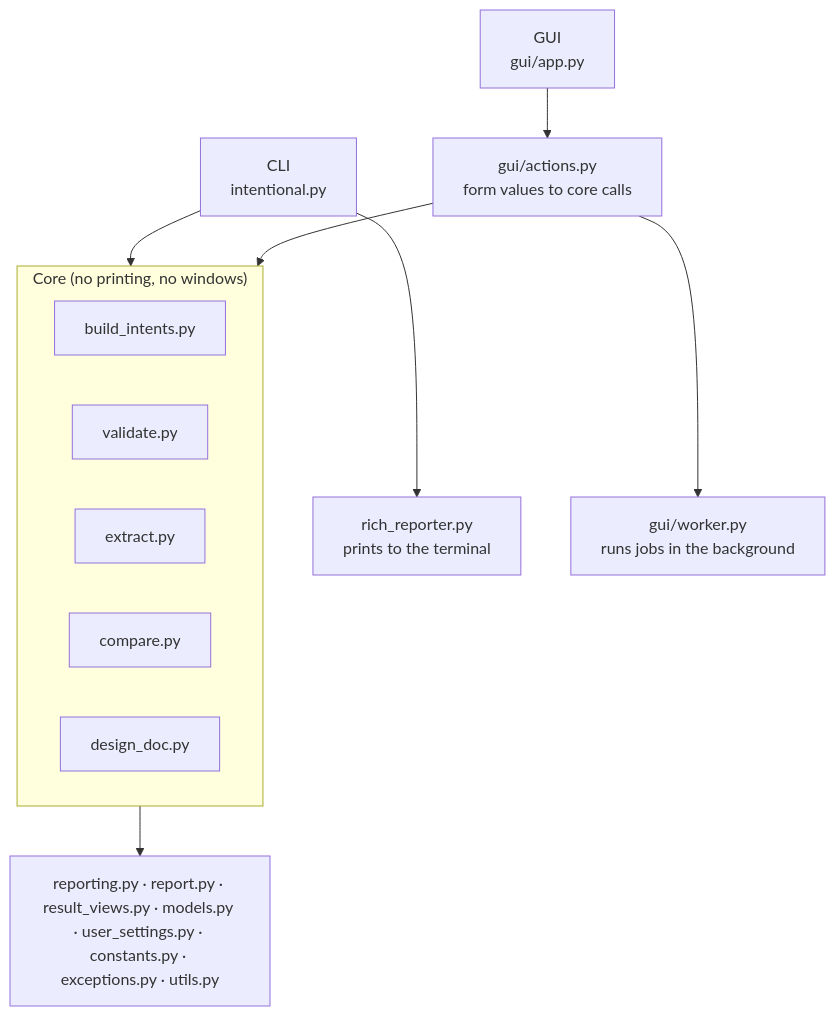
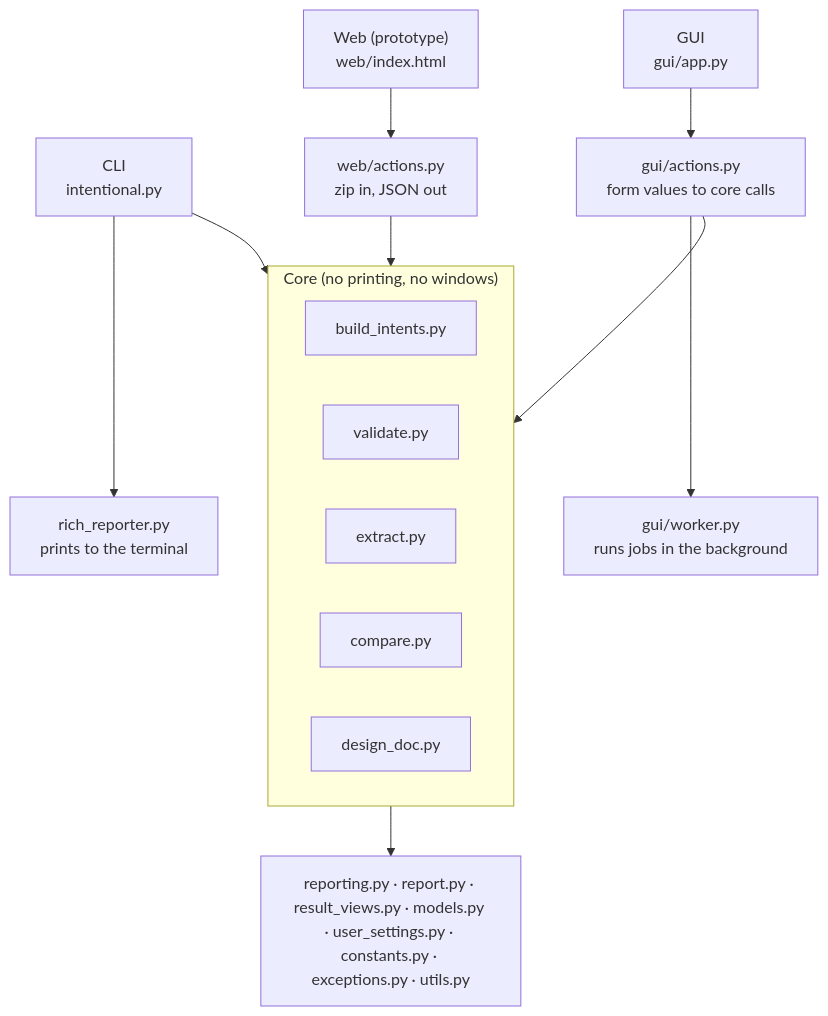
Before and after one commit to andrewjstuart/intentional-py: the first of 2 diagrams in docs/code-guide.md, drawn with Mermaid. The commit also changed other lines of this file and 13 other files, not shown here.

````diff
--- a/docs/code-guide.md
+++ b/docs/code-guide.md
@@ -22,16 +23,18 @@
 ```mermaid
 flowchart TD
     CLI["CLI<br/>intentional.py"] --> RR["rich_reporter.py<br/>prints to the terminal"]
     GUI["GUI<br/>gui/app.py"] --> ACT["gui/actions.py<br/>form values to core calls"]
     ACT --> WRK["gui/worker.py<br/>runs jobs in the background"]
+    WEB["Web (prototype)<br/>web/index.html"] --> WACT["web/actions.py<br/>zip in, JSON out"]
     CLI --> CORE
     ACT --> CORE
+    WACT --> CORE
     subgraph CORE["Core (no printing, no windows)"]
         BUILD["build_intents.py"]
         VAL["validate.py"]
         EXT["extract.py"]
         CMP["compare.py"]
         DES["design_doc.py"]
     end
     CORE --> SHARED["reporting.py · report.py · result_views.py · models.py · user_settings.py · constants.py · exceptions.py · utils.py"]
 ```
````
